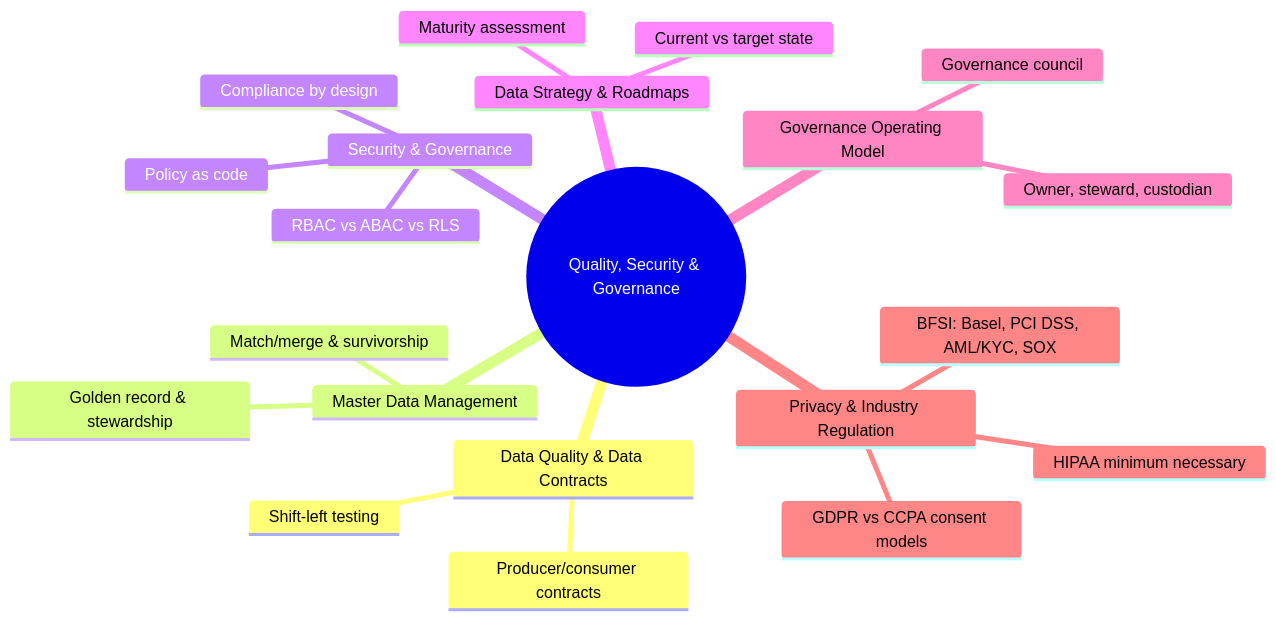
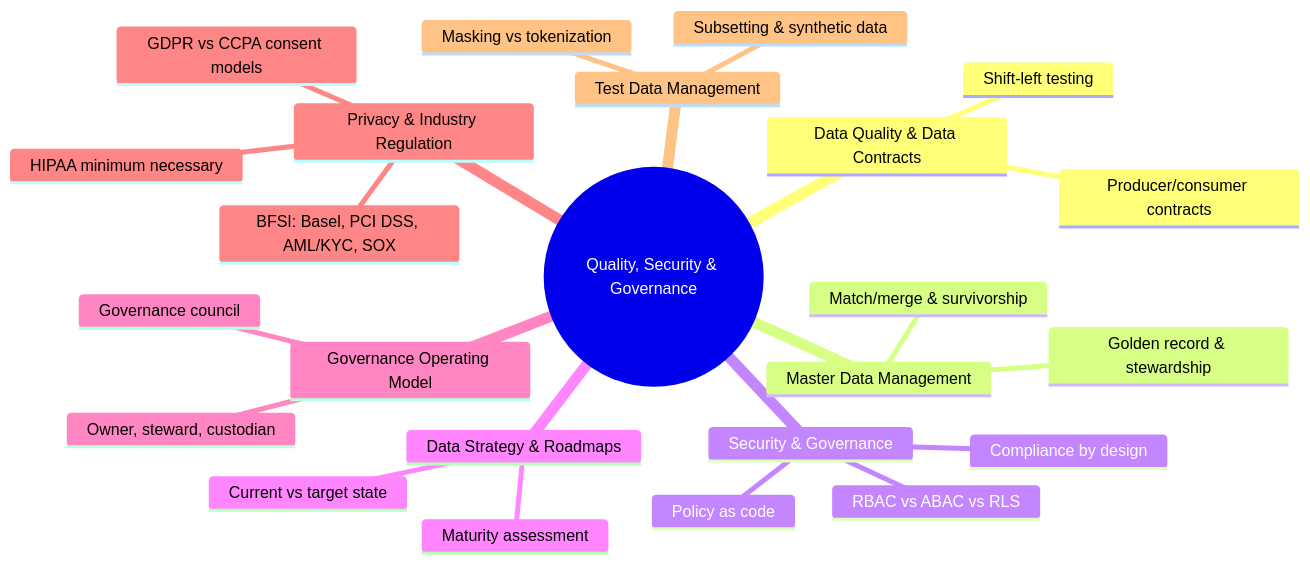
Before and after one commit to DataTechBridge-Projects/data-architecture-field-guide: the diagram in 09-quality-security-and-governance/index.md, drawn with Mermaid. The commit also changed other lines of this file and 3 other files, not shown here.

First line of the commit message:
Add Test Data Management topic to Group 9

````diff
--- a/09-quality-security-and-governance/index.md
+++ b/09-quality-security-and-governance/index.md
@@ -13,24 +13,27 @@
 ```mermaid
 mindmap
   root((Quality, Security & Governance))
     Data Quality & Data Contracts
       Shift-left testing
       Producer/consumer contracts
     Master Data Management
       Match/merge & survivorship
       Golden record & stewardship
     Security & Governance
       RBAC vs ABAC vs RLS
       Policy as code
       Compliance by design
     Data Strategy & Roadmaps
       Maturity assessment
       Current vs target state
     Governance Operating Model
       Owner, steward, custodian
       Governance council
     Privacy & Industry Regulation
       GDPR vs CCPA consent models
       HIPAA minimum necessary
       BFSI: Basel, PCI DSS, AML/KYC, SOX
+    Test Data Management
+      Masking vs tokenization
+      Subsetting & synthetic data
 ```
````
